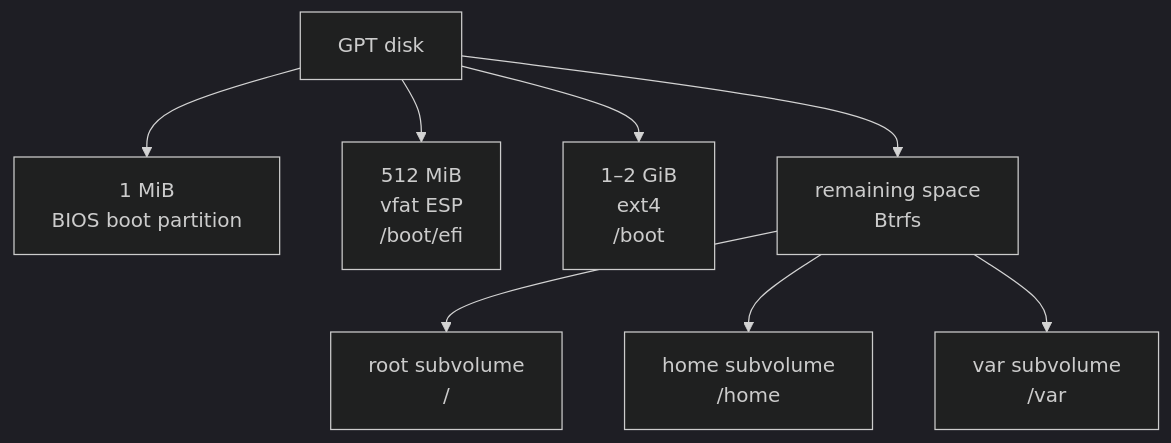
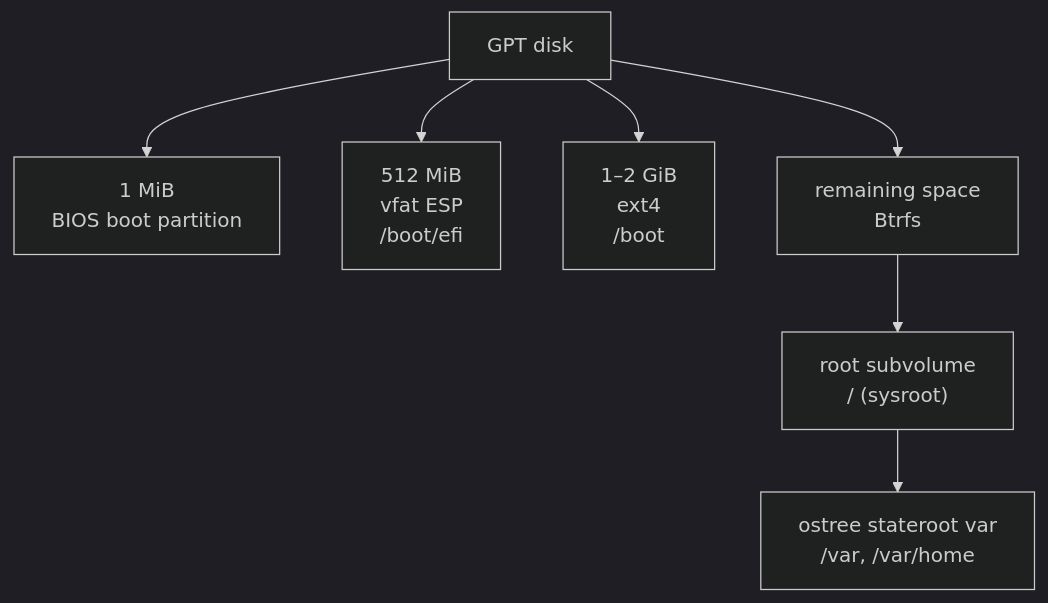
The eighth of 14 diagrams in ARCHITECTURE.md (luminusOS/images), drawn with Mermaid (dark theme) before and after one commit. The commit also changed other lines of this file and 8 other files, not shown here.

First line of the commit message:
fix(workstation): keep the qcow2 /var inside the bootc stateroot (#136)

````diff
--- a/ARCHITECTURE.md
+++ b/ARCHITECTURE.md
@@ -426,19 +426,17 @@
 ```mermaid
 flowchart TD
     Disk["GPT disk"]
     BIOS["1 MiB<br/>BIOS boot partition"]
     ESP["512 MiB<br/>vfat ESP<br/>/boot/efi"]
     Boot["1–2 GiB<br/>ext4<br/>/boot"]
     Root["remaining space<br/>Btrfs"]
-    RootSubvol["root subvolume<br/>/"]
-    HomeSubvol["home subvolume<br/>/home"]
-    VarSubvol["var subvolume<br/>/var"]
+    RootSubvol["root subvolume<br/>/ (sysroot)"]
+    Var["ostree stateroot var<br/>/var, /var/home"]
 
     Disk --> BIOS
     Disk --> ESP
     Disk --> Boot
     Disk --> Root
     Root --> RootSubvol
-    Root --> HomeSubvol
-    Root --> VarSubvol
+    RootSubvol --> Var
 ```
````
